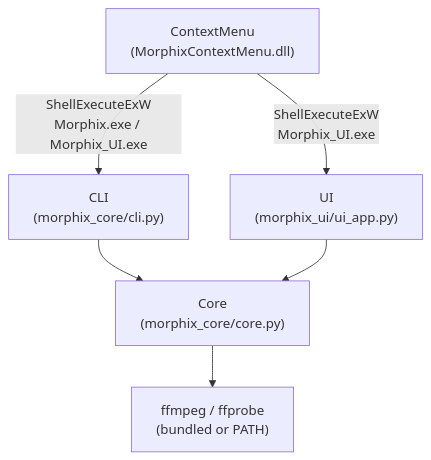
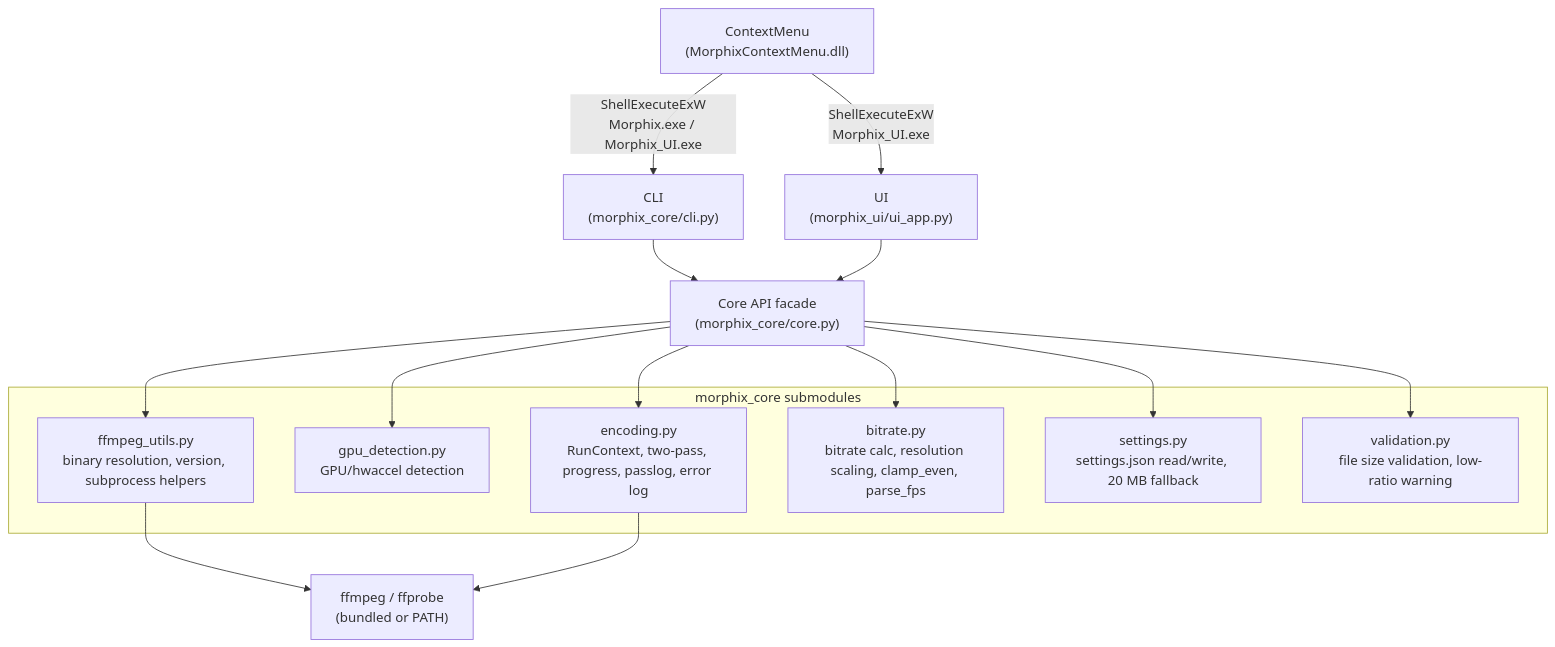
Before and after one commit to lFirsl/Morphix: the diagram in .kiro/specs/morphix-video-compressor/design.md, drawn with Mermaid. The commit also changed other lines of this file and 2 other files, not shown here.

````diff
--- a/.kiro/specs/morphix-video-compressor/design.md
+++ b/.kiro/specs/morphix-video-compressor/design.md
@@ -17,14 +17,30 @@
 ```mermaid
 graph TD
     CLI["CLI\n(morphix_core/cli.py)"]
     UI["UI\n(morphix_ui/ui_app.py)"]
     CTX["ContextMenu\n(MorphixContextMenu.dll)"]
-    CORE["Core\n(morphix_core/core.py)"]
+    CORE["Core API facade\n(morphix_core/core.py)"]
     FFMPEG["ffmpeg / ffprobe\n(bundled or PATH)"]
+
+    subgraph morphix_core submodules
+        FFUTILS["ffmpeg_utils.py\nbinary resolution, version, subprocess helpers"]
+        GPUDET["gpu_detection.py\nGPU/hwaccel detection"]
+        ENC["encoding.py\nRunContext, two-pass, progress, passlog, error log"]
+        BITRATE["bitrate.py\nbitrate calc, resolution scaling, clamp_even, parse_fps"]
+        SETTINGS["settings.py\nsettings.json read/write, 20 MB fallback"]
+        VALID["validation.py\nfile size validation, low-ratio warning"]
+    end
 
     CLI --> CORE
     UI --> CORE
     CTX -->|"ShellExecuteExW\nMorphix.exe / Morphix_UI.exe"| CLI
     CTX -->|"ShellExecuteExW\nMorphix_UI.exe"| UI
-    CORE --> FFMPEG
+    CORE --> FFUTILS
+    CORE --> GPUDET
+    CORE --> ENC
+    CORE --> BITRATE
+    CORE --> SETTINGS
+    CORE --> VALID
+    FFUTILS --> FFMPEG
+    ENC --> FFMPEG
 ```
````
